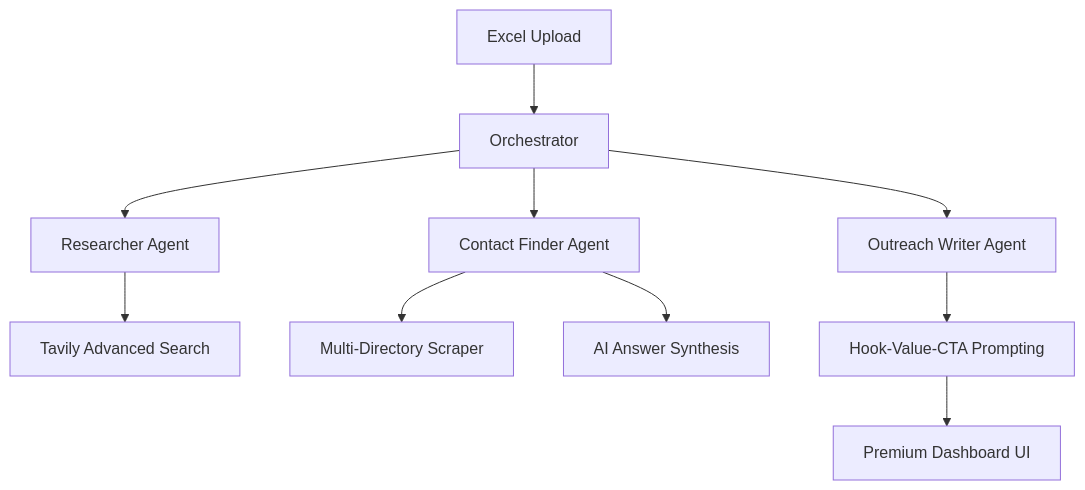
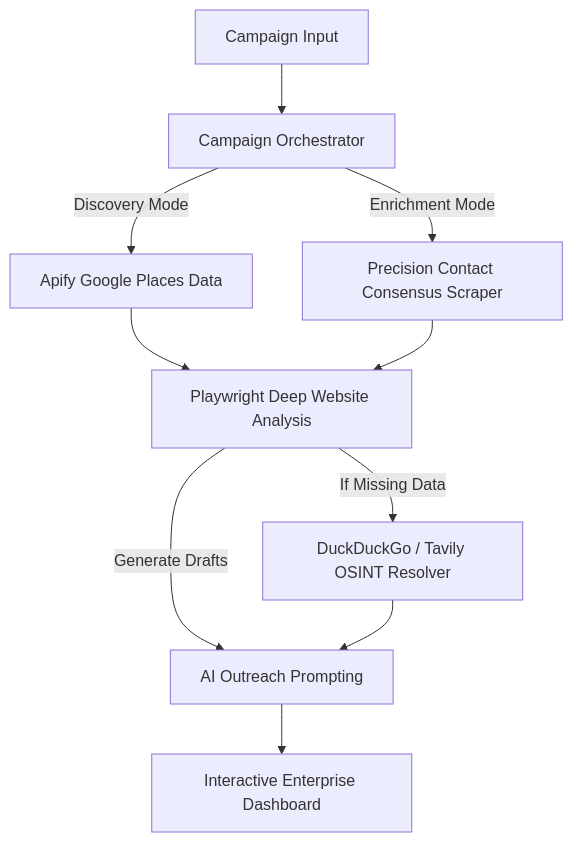
The diagram in README.md (muhamedamil/Outreach-Intelligence-System), drawn with Mermaid before and after one commit. The commit also changed other lines of this file and 6 other files, not shown here.

````diff
--- a/README.md
+++ b/README.md
@@ -11,15 +11,16 @@
 ```mermaid
 graph TD
-    A[Excel Upload] --> B[Orchestrator]
-    B --> C[Researcher Agent]
-    B --> D[Contact Finder Agent]
-    B --> E[Outreach Writer Agent]
+    A[Campaign Input] --> B[Campaign Orchestrator]
     
-    C --> F[Tavily Advanced Search]
-    D --> G[Multi-Directory Scraper]
-    D --> H[AI Answer Synthesis]
+    B -->|Discovery Mode| C[Apify Google Places Data]
+    B -->|Enrichment Mode| D[Precision Contact Consensus Scraper]
     
-    E --> I[Hook-Value-CTA Prompting]
+    C --> E[Playwright Deep Website Analysis]
+    D --> E
     
-    I --> J[Premium Dashboard UI]
+    E -->|If Missing Data| F[ DuckDuckGo / Tavily OSINT Resolver]
+    E -->|Generate Drafts| G[AI Outreach Prompting]
+    
+    F --> G
+    G --> H[Interactive Enterprise Dashboard]
 ```
````
